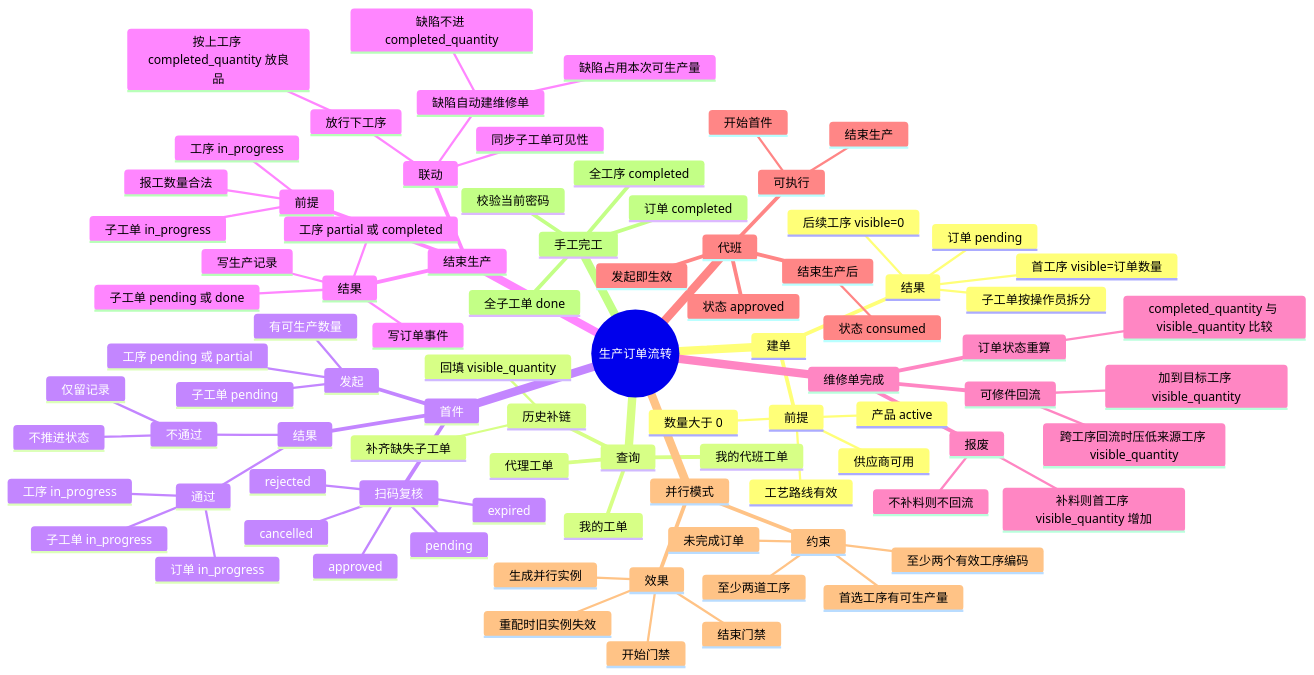
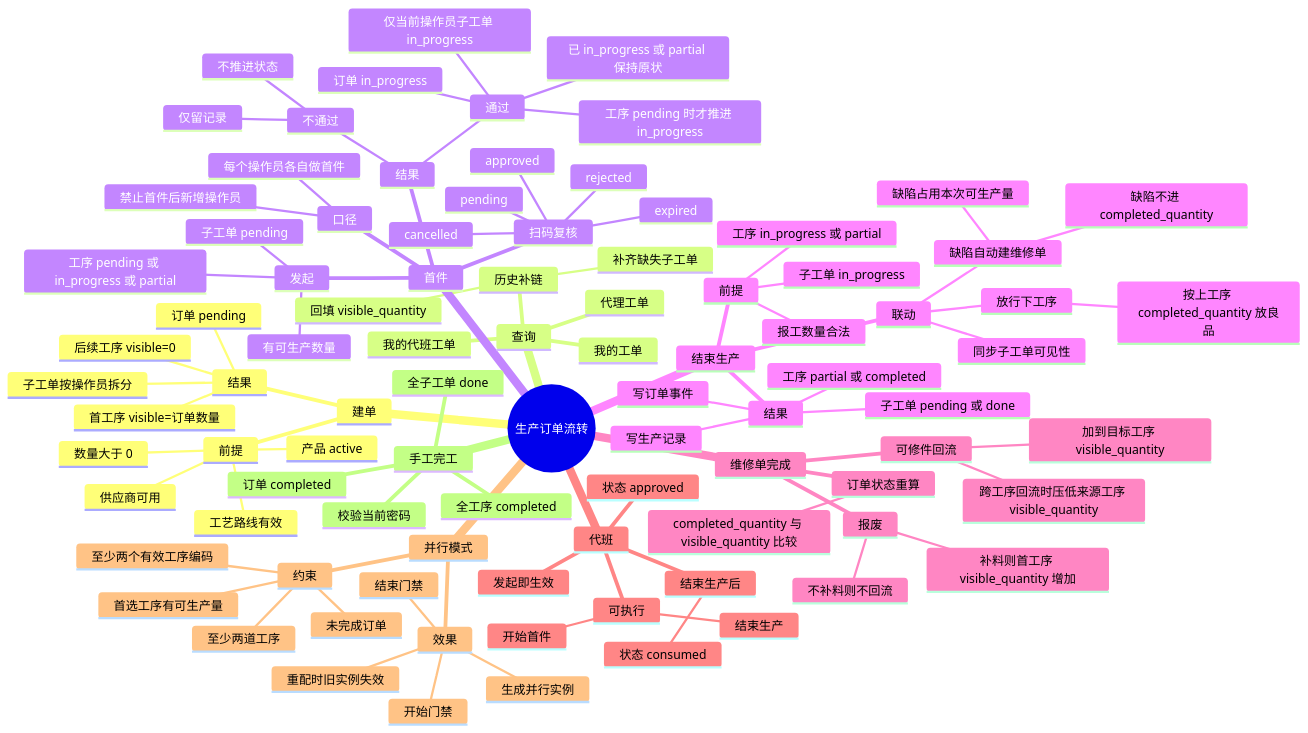
Before and after one commit to donkilove/ZYKJ_MES: the first of 3 diagrams in docs/生产订单流转/03-生产订单流转思维导图.md, drawn with Mermaid. The commit also changed other lines of this file and 5 other files, not shown here.

```diff
--- a/docs/生产订单流转/03-生产订单流转思维导图.md
+++ b/docs/生产订单流转/03-生产订单流转思维导图.md
@@ -24,14 +24,18 @@
         回填 visible_quantity
         补齐缺失子工单
     首件
+      口径
+        每个操作员各自做首件
+        禁止首件后新增操作员
       发起
-        工序 pending 或 partial
+        工序 pending 或 in_progress 或 partial
         子工单 pending
         有可生产数量
       结果
         通过
-          工序 in_progress
-          子工单 in_progress
+          工序 pending 时才推进 in_progress
+          已 in_progress 或 partial 保持原状
+          仅当前操作员子工单 in_progress
           订单 in_progress
         不通过
           仅留记录
@@ -44,7 +48,7 @@
         cancelled
     结束生产
       前提
-        工序 in_progress
+        工序 in_progress 或 partial
         子工单 in_progress
         报工数量合法
       结果
```
